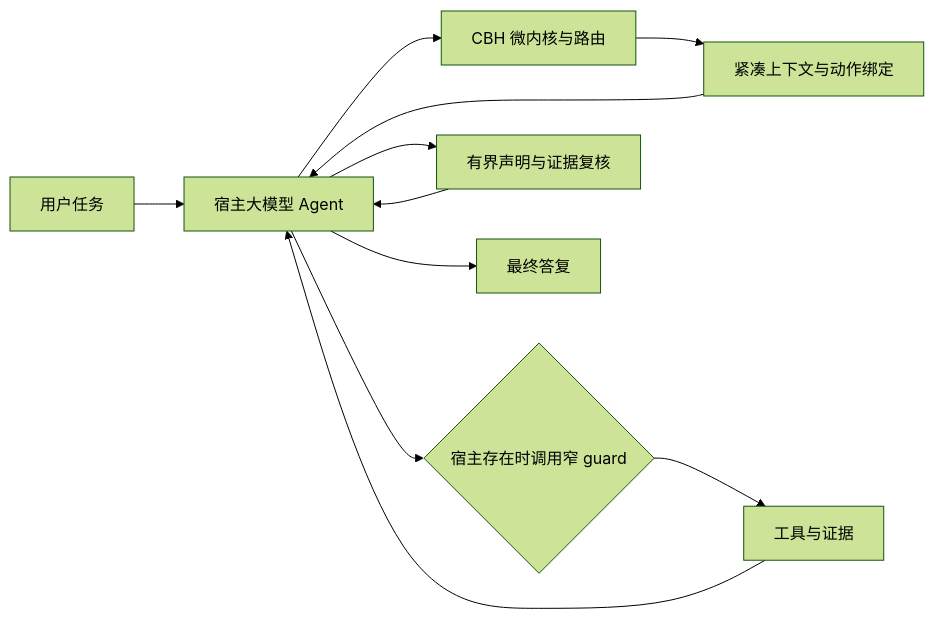
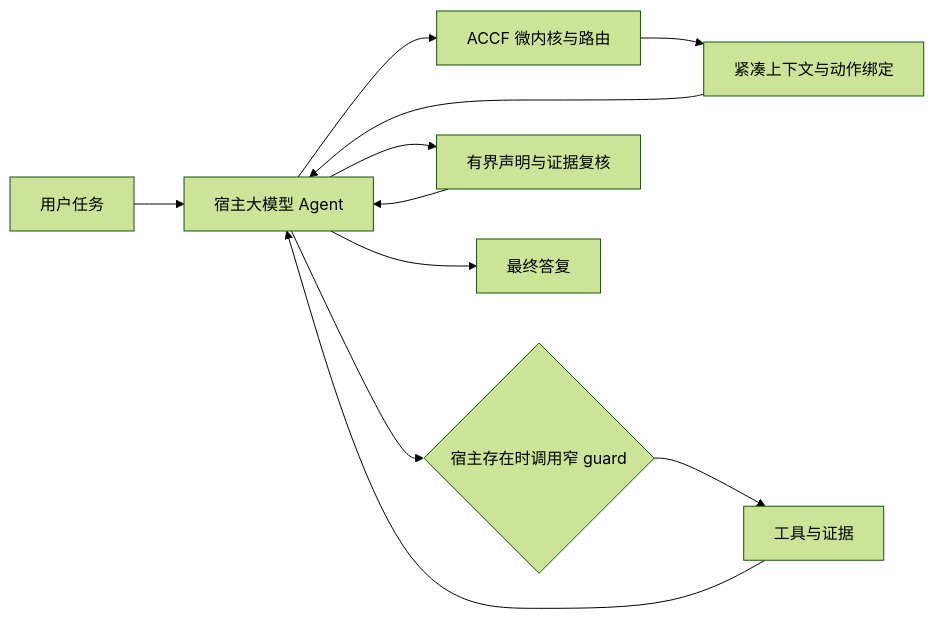
Before and after one commit to qimen039-code/agent-memory-lane-harness: the diagram in README_zh.md, drawn with Mermaid (forest theme). The commit also changed other lines of this file and 70 other files, not shown here.

````diff
--- a/README_zh.md
+++ b/README_zh.md
@@ -205,13 +201,13 @@
 ```mermaid
 flowchart LR
     U[用户任务] --> A[宿主大模型 Agent]
-    A --> R[CBH 微内核与路由]
+    A --> R[ACCF 微内核与路由]
     R --> C[紧凑上下文与动作绑定]
     C --> A
     A --> H{宿主存在时调用窄 guard}
     H --> T[工具与证据]
     T --> A
     A --> V[有界声明与证据复核]
     V --> A
     A --> F[最终答复]
 ```
````
